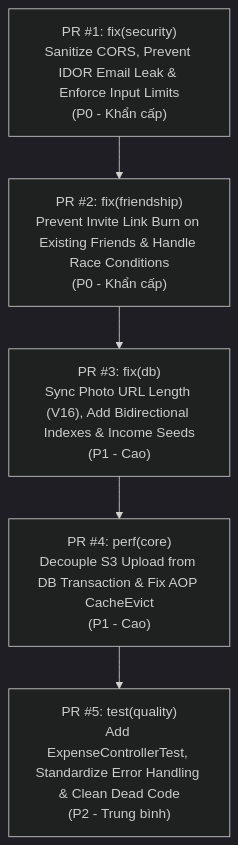
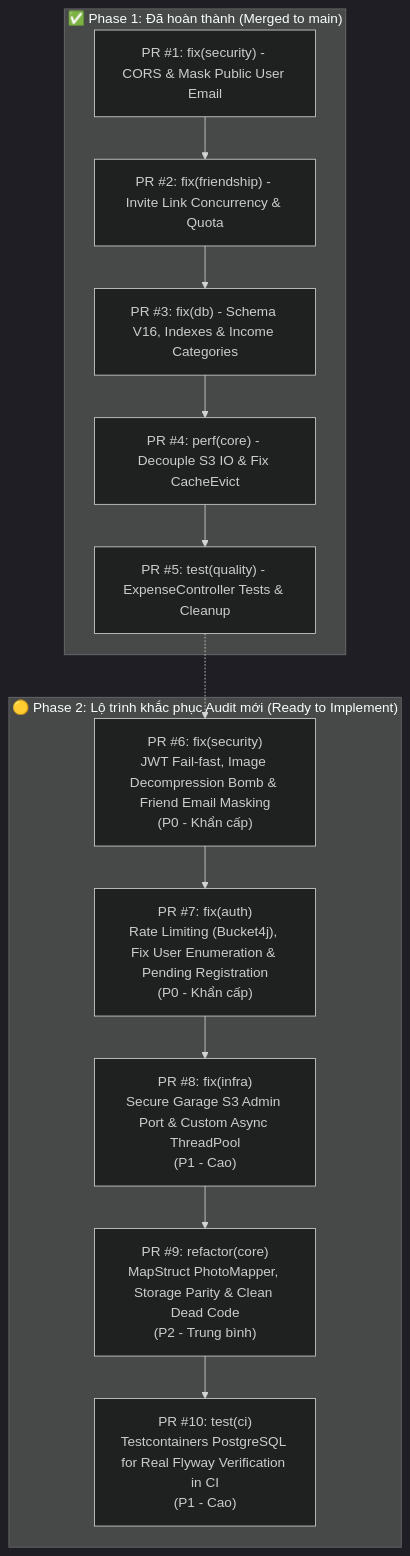
Before and after one commit to khanhnkq/checked-backend: the diagram in docs/PULL_REQUESTS_ROADMAP.md, drawn with Mermaid (dark theme). The commit also changed other lines of this file and 22 other files, not shown here.

Commit message:
fix(security): enforce jwt failfast, block image bomb and mask friend email

````diff
--- a/docs/PULL_REQUESTS_ROADMAP.md
+++ b/docs/PULL_REQUESTS_ROADMAP.md
@@ -12,13 +13,26 @@
 ```mermaid
 flowchart TD
-    PR1["PR #1: fix(security)\nSanitize CORS, Prevent IDOR Email Leak & Enforce Input Limits\n(P0 - Khẩn cấp)"]
-    PR2["PR #2: fix(friendship)\nPrevent Invite Link Burn on Existing Friends & Handle Race Conditions\n(P0 - Khẩn cấp)"]
-    PR3["PR #3: fix(db)\nSync Photo URL Length (V16), Add Bidirectional Indexes & Income Seeds\n(P1 - Cao)"]
-    PR4["PR #4: perf(core)\nDecouple S3 Upload from DB Transaction & Fix AOP CacheEvict\n(P1 - Cao)"]
-    PR5["PR #5: test(quality)\nAdd ExpenseControllerTest, Standardize Error Handling & Clean Dead Code\n(P2 - Trung bình)"]
+    subgraph PHASE1["✅ Phase 1: Đã hoàn thành (Merged to main)"]
+        PR1["PR #1: fix(security) - CORS & Mask Public User Email"]
+        PR2["PR #2: fix(friendship) - Invite Link Concurrency & Quota"]
+        PR3["PR #3: fix(db) - Schema V16, Indexes & Income Categories"]
+        PR4["PR #4: perf(core) - Decouple S3 IO & Fix CacheEvict"]
+        PR5["PR #5: test(quality) - ExpenseController Tests & Cleanup"]
+        PR1 --> PR2 --> PR3 --> PR4 --> PR5
+    end
 
-    PR1 --> PR2
-    PR2 --> PR3
-    PR3 --> PR4
-    PR4 --> PR5
+    subgraph PHASE2["🟡 Phase 2: Lộ trình khắc phục Audit mới (Ready to Implement)"]
+        PR6["PR #6: fix(security)\nJWT Fail-fast, Image Decompression Bomb & Friend Email Masking\n(P0 - Khẩn cấp)"]
+        PR7["PR #7: fix(auth)\nRate Limiting (Bucket4j), Fix User Enumeration & Pending Registration\n(P0 - Khẩn cấp)"]
+        PR8["PR #8: fix(infra)\nSecure Garage S3 Admin Port & Custom Async ThreadPool\n(P1 - Cao)"]
+        PR9["PR #9: refactor(core)\nMapStruct PhotoMapper, Storage Parity & Clean Dead Code\n(P2 - Trung bình)"]
+        PR10["PR #10: test(ci)\nTestcontainers PostgreSQL for Real Flyway Verification in CI\n(P1 - Cao)"]
+
+        PR6 --> PR7
+        PR7 --> PR8
+        PR8 --> PR9
+        PR9 --> PR10
+    end
+
+    PR5 -.-> PR6
 ```
````
